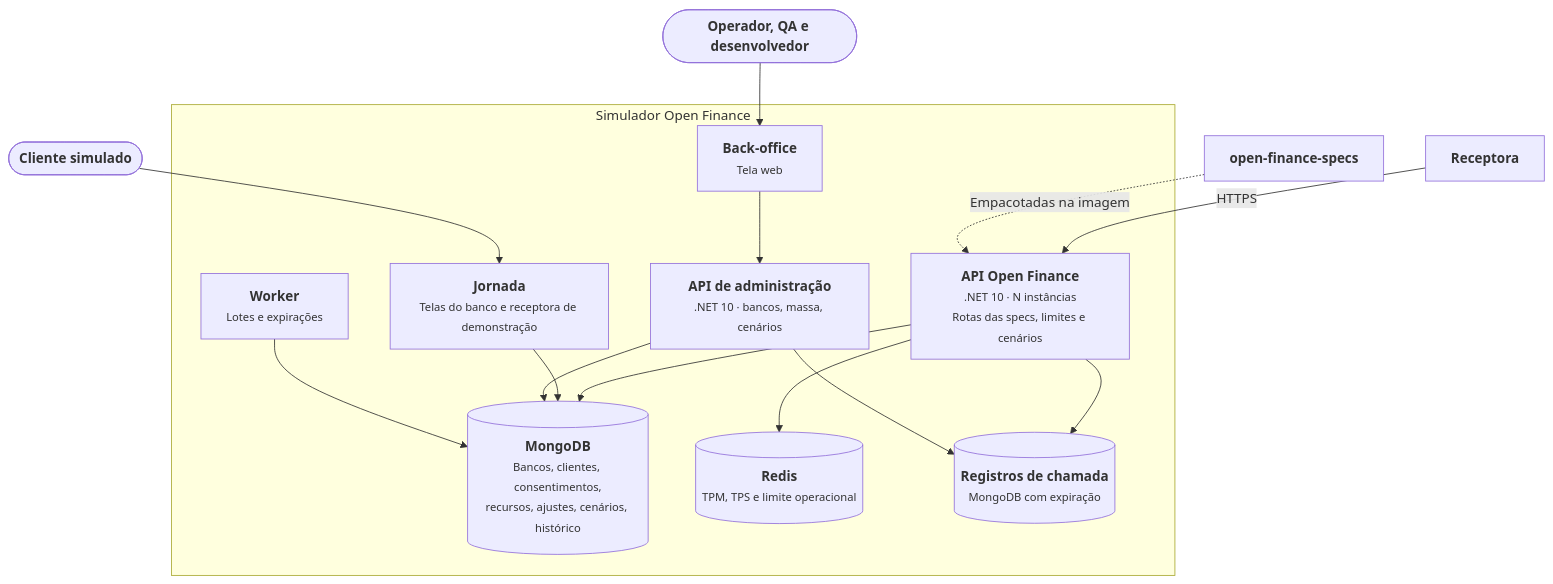
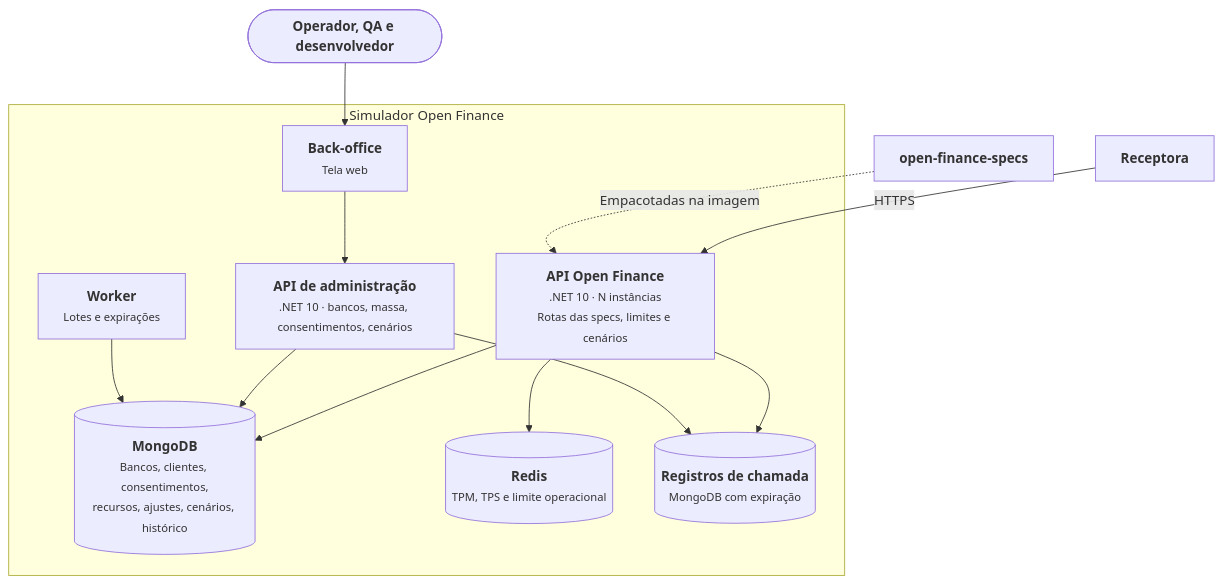
The diagram in docs/02-arquitetura/c4/C2-conteineres.md (marcelosotto/open-finance-simulator), drawn with Mermaid before and after one commit. The commit also changed other lines of this file and 30 other files, not shown here.

````diff
--- a/docs/02-arquitetura/c4/C2-conteineres.md
+++ b/docs/02-arquitetura/c4/C2-conteineres.md
@@ -5,30 +5,26 @@
 ```mermaid
 flowchart TB
   rec["<b>Receptora</b>"]
   user(["<b>Operador, QA e desenvolvedor</b>"])
-  cli(["<b>Cliente simulado</b>"])
 
   subgraph sim["Simulador Open Finance"]
     api["<b>API Open Finance</b><br/><small>.NET 10 · N instâncias<br/>Rotas das specs, limites e cenários</small>"]
-    jornada["<b>Jornada</b><br/><small>Telas do banco e receptora de demonstração</small>"]
-    admin["<b>API de administração</b><br/><small>.NET 10 · bancos, massa, cenários</small>"]
+    admin["<b>API de administração</b><br/><small>.NET 10 · bancos, massa, consentimentos, cenários</small>"]
     bo["<b>Back-office</b><br/><small>Tela web</small>"]
     worker["<b>Worker</b><br/><small>Lotes e expirações</small>"]
     mongo[("<b>MongoDB</b><br/><small>Bancos, clientes, consentimentos,<br/>recursos, ajustes, cenários, histórico</small>")]
     redis[("<b>Redis</b><br/><small>TPM, TPS e limite operacional</small>")]
     reg[("<b>Registros de chamada</b><br/><small>MongoDB com expiração</small>")]
   end
   specs["<b>open-finance-specs</b>"]
 
   rec -->|"HTTPS"| api
-  cli --> jornada
   user --> bo --> admin
   api --> mongo
   api --> redis
   api --> reg
-  jornada --> mongo
   admin --> mongo
   admin --> reg
   worker --> mongo
   specs -.->|"Empacotadas na imagem"| api
 ```
````
